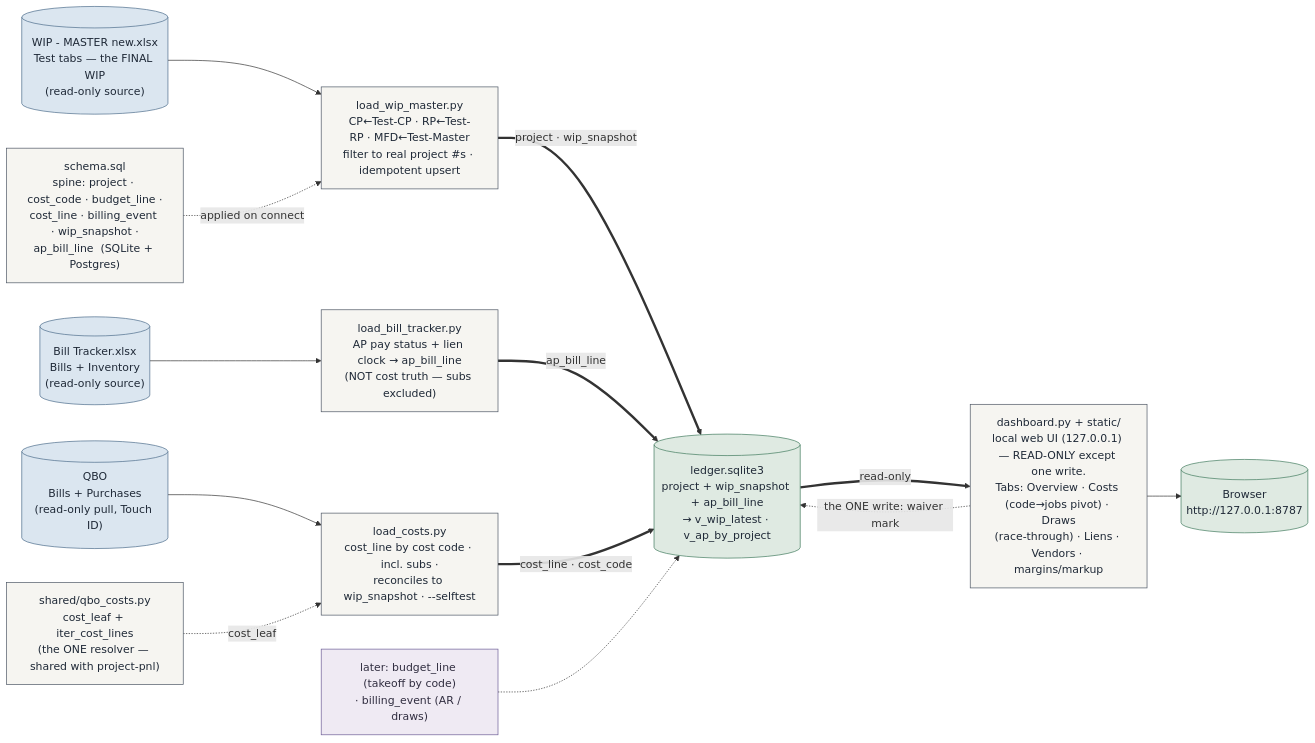
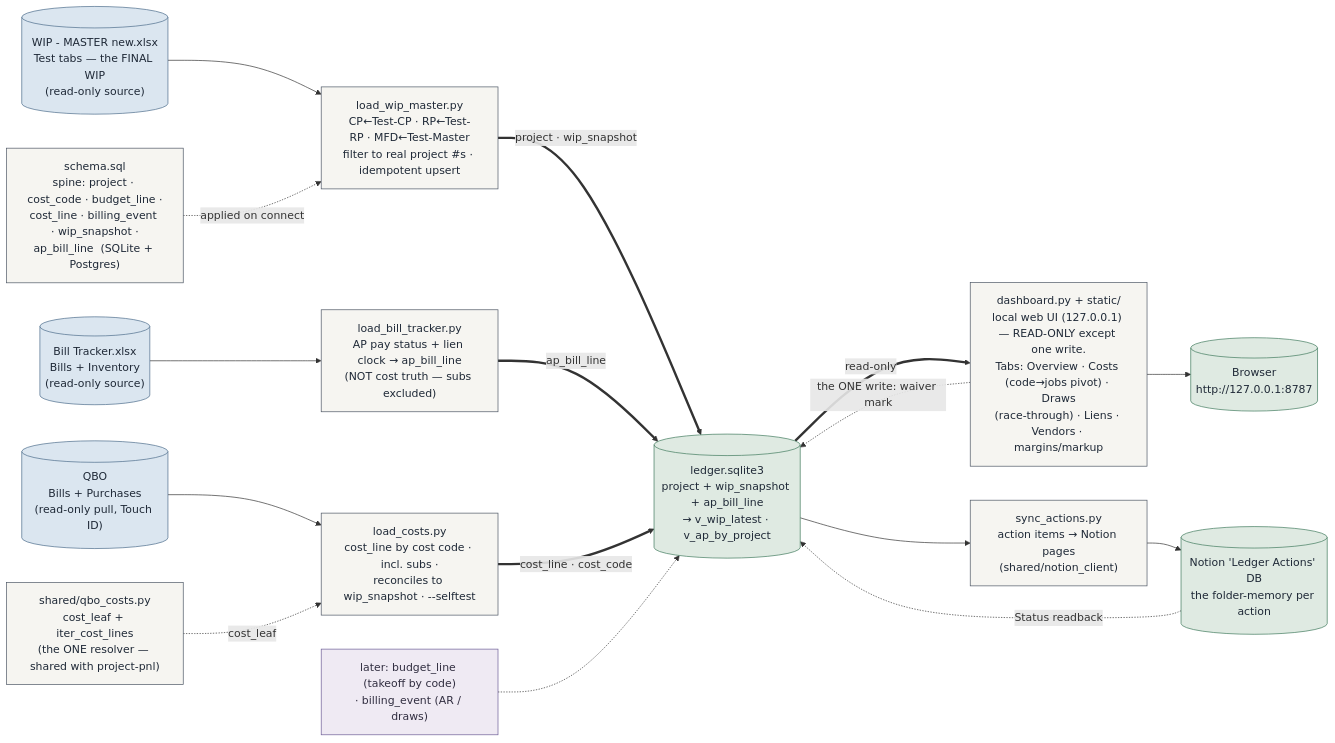
Before and after one commit to Ecarlo-Proficient/Claude-Report: the fourth of 6 diagrams in docs/ARCHITECTURE.md, drawn with Mermaid. The commit also changed other lines of this file and 7 other files, not shown here.

First line of the commit message:
ledger: Notion link-out — action items become Notion pages (draws-ready MVP)

````diff
--- a/docs/ARCHITECTURE.md
+++ b/docs/ARCHITECTURE.md
@@ -252,32 +253,36 @@
 ```mermaid
 flowchart LR
     classDef src fill:#dbe6f0,stroke:#4A6B8A,color:#1f2937
     classDef tool fill:#f6f5f1,stroke:#4b5563,color:#1f2937
     classDef out fill:#dfeae2,stroke:#3E7A5C,color:#1f2937
     classDef future fill:#efeaf3,stroke:#6b5b95,color:#312e40
 
     TEST[("WIP - MASTER new.xlsx\nTest tabs — the FINAL WIP\n(read-only source)")]:::src
     BT[("Bill Tracker.xlsx\nBills + Inventory\n(read-only source)")]:::src
     SCHEMA["schema.sql\nspine: project · cost_code · budget_line ·\ncost_line · billing_event · wip_snapshot ·\nap_bill_line  (SQLite + Postgres)"]:::tool
     LOADER["load_wip_master.py\nCP←Test-CP · RP←Test-RP · MFD←Test-Master\nfilter to real project #s · idempotent upsert"]:::tool
     APLOAD["load_bill_tracker.py\nAP pay status + lien clock → ap_bill_line\n(NOT cost truth — subs excluded)"]:::tool
     DB[("ledger.sqlite3\nproject + wip_snapshot + ap_bill_line\n→ v_wip_latest · v_ap_by_project")]:::out
     DASH["dashboard.py + static/\nlocal web UI (127.0.0.1) — READ-ONLY except one write.\nTabs: Overview · Costs (code→jobs pivot) · Draws\n(race-through) · Liens · Vendors · margins/markup"]:::tool
     BROWSER[("Browser\nhttp://127.0.0.1:8787")]:::out
     QBO[("QBO\nBills + Purchases\n(read-only pull, Touch ID)")]:::src
     QCOSTS["shared/qbo_costs.py\ncost_leaf + iter_cost_lines\n(the ONE resolver — shared with project-pnl)"]:::tool
     COSTLOAD["load_costs.py\ncost_line by cost code · incl. subs ·\nreconciles to wip_snapshot · --selftest"]:::tool
     FUTURE["later: budget_line (takeoff by code)\n· billing_event (AR / draws)"]:::future
 
     TEST --> LOADER
     BT --> APLOAD
     QBO --> COSTLOAD
     QCOSTS -.->|"cost_leaf"| COSTLOAD
     SCHEMA -.->|"applied on connect"| LOADER
     LOADER ==>|"project · wip_snapshot"| DB
     APLOAD ==>|"ap_bill_line"| DB
     COSTLOAD ==>|"cost_line · cost_code"| DB
     DB ==>|"read-only"| DASH --> BROWSER
     DASH -.->|"the ONE write: waiver mark"| DB
+    SYNCACT["sync_actions.py\naction items → Notion pages\n(shared/notion_client)"]:::tool
+    NOTION[("Notion 'Ledger Actions' DB\nthe folder-memory per action")]:::out
+    DB --> SYNCACT --> NOTION
+    NOTION -.->|"Status readback"| DB
     FUTURE -.-> DB
 ```
````
